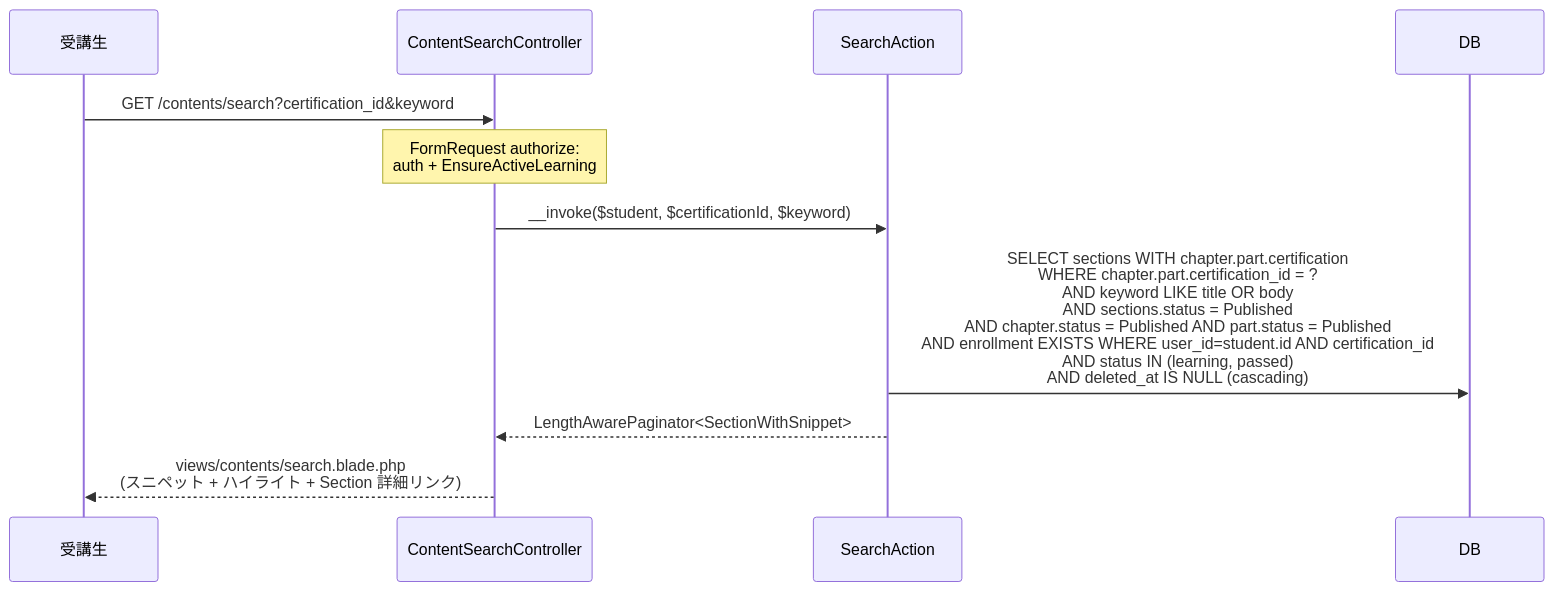
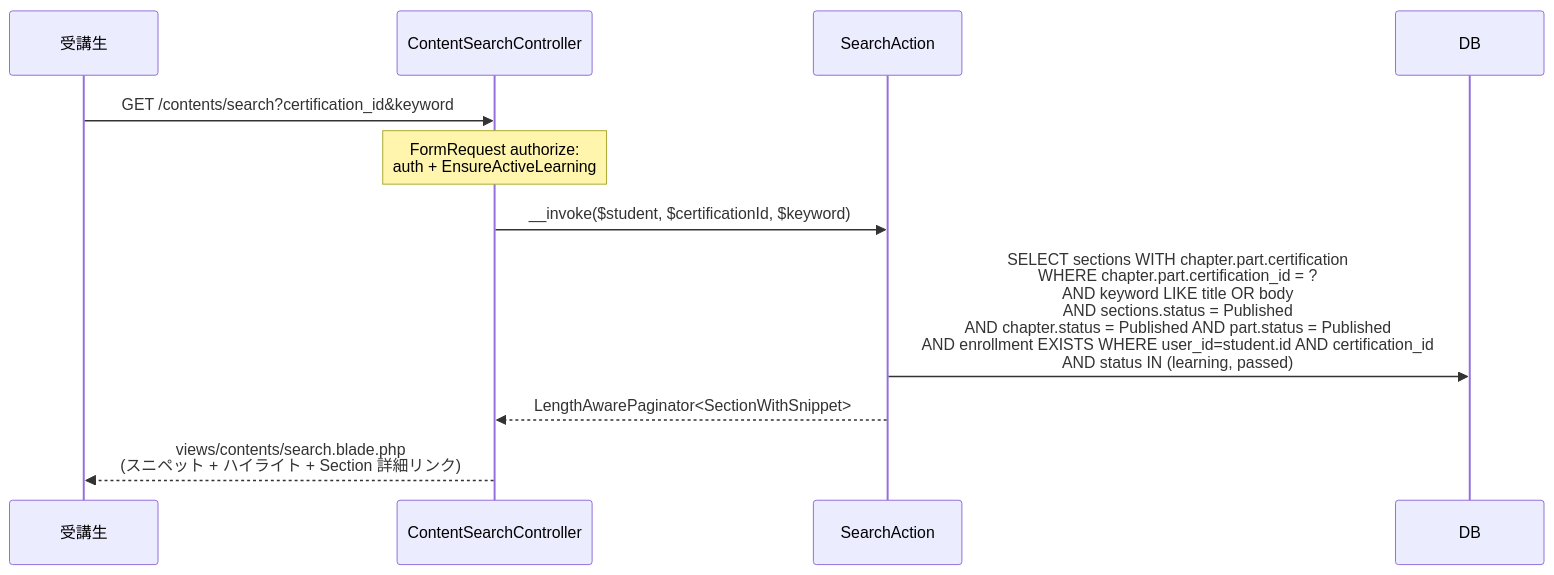
One commit to coachtech-mockcase-second/ExampleAnswer-mockcase-CertifyLMS changed the seventh of 9 diagrams in docs/specs/content-management/design.md. Above: the diagram before and after it, drawn with Mermaid. The commit also changed other lines of this file and 202 other files, not shown here.

````diff
--- a/docs/specs/content-management/design.md
+++ b/docs/specs/content-management/design.md
@@ -175,14 +175,14 @@
 ```mermaid
 sequenceDiagram
     participant Student as 受講生
     participant CSC as ContentSearchController
     participant SA as SearchAction
     participant DB as DB
 
     Student->>CSC: GET /contents/search?certification_id&keyword
     Note over CSC: FormRequest authorize:<br/>auth + EnsureActiveLearning
     CSC->>SA: __invoke($student, $certificationId, $keyword)
-    SA->>DB: SELECT sections WITH chapter.part.certification<br/>WHERE chapter.part.certification_id = ?<br/>AND keyword LIKE title OR body<br/>AND sections.status = Published<br/>AND chapter.status = Published AND part.status = Published<br/>AND enrollment EXISTS WHERE user_id=student.id AND certification_id<br/>AND status IN (learning, passed)<br/>AND deleted_at IS NULL (cascading)
+    SA->>DB: SELECT sections WITH chapter.part.certification<br/>WHERE chapter.part.certification_id = ?<br/>AND keyword LIKE title OR body<br/>AND sections.status = Published<br/>AND chapter.status = Published AND part.status = Published<br/>AND enrollment EXISTS WHERE user_id=student.id AND certification_id<br/>AND status IN (learning, passed)
     SA-->>CSC: LengthAwarePaginator<SectionWithSnippet>
     CSC-->>Student: views/contents/search.blade.php<br/>(スニペット + ハイライト + Section 詳細リンク)
 ```
````
